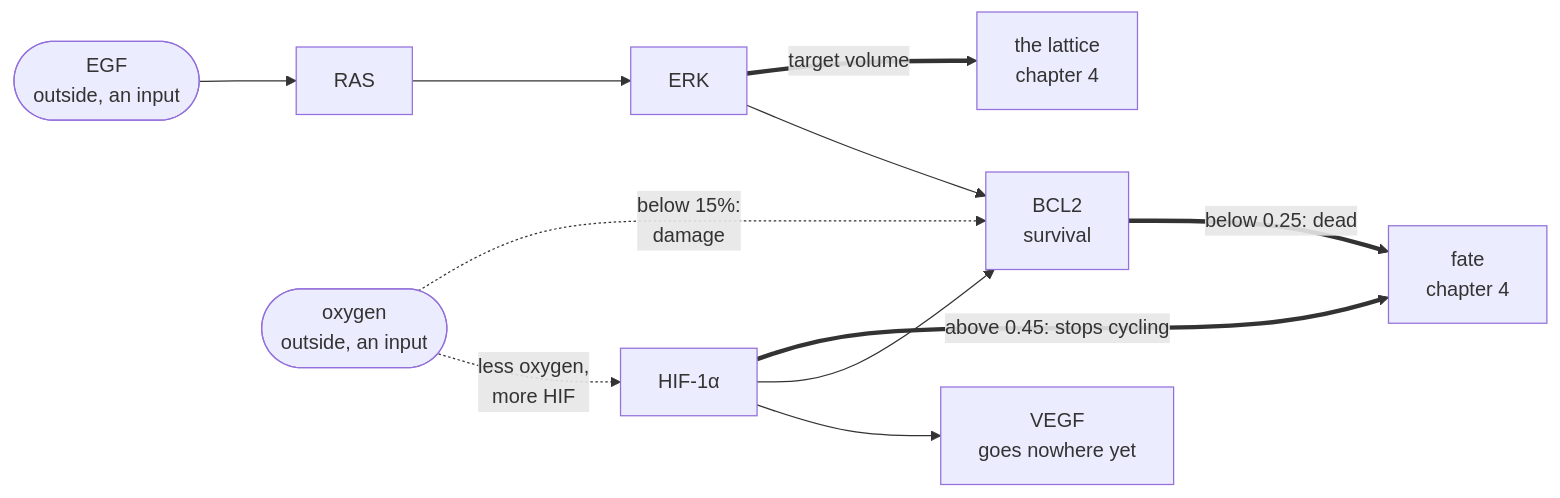
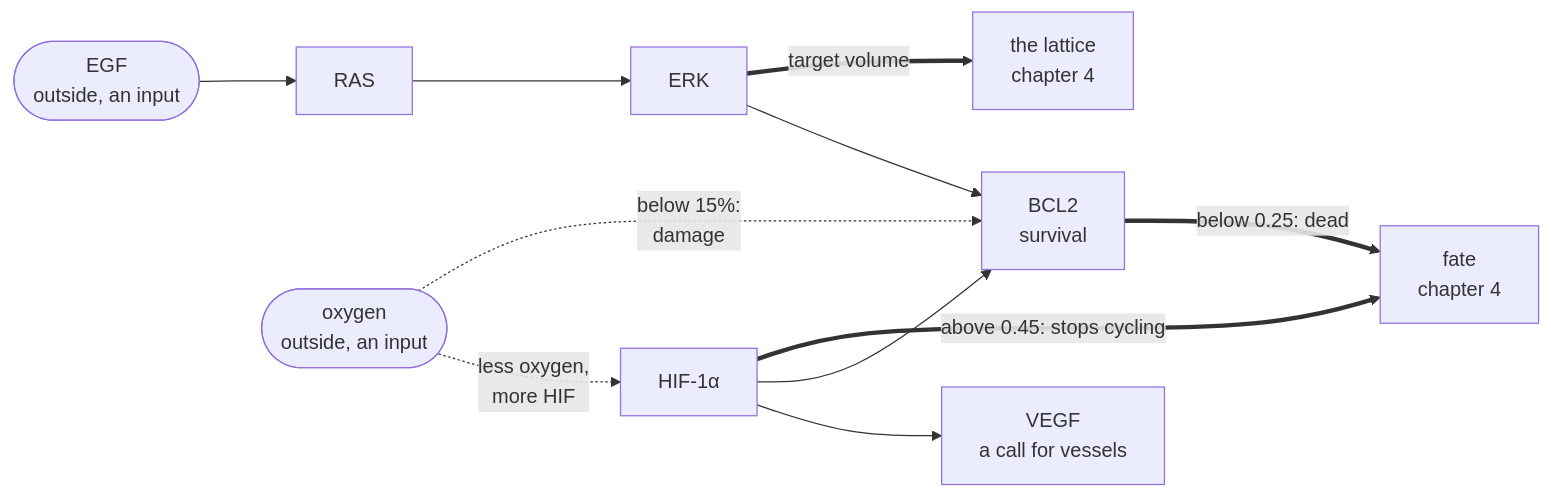
Before and after one commit to ngodzik/cellweave: the diagram in docs/02-what-happens-inside-a-cell.md, drawn with Mermaid. The commit also changed other lines of this file and 28 other files, not shown here.

````diff
--- a/docs/02-what-happens-inside-a-cell.md
+++ b/docs/02-what-happens-inside-a-cell.md
@@ -28,13 +28,13 @@
 ```mermaid
 flowchart LR
     EGF(["EGF<br/>outside, an input"]) --> RAS["RAS"]
     RAS --> ERK["ERK"]
     O2(["oxygen<br/>outside, an input"]) -.->|"less oxygen,<br/>more HIF"| HIF["HIF-1α"]
-    HIF --> VEGF["VEGF<br/>goes nowhere yet"]
+    HIF --> VEGF["VEGF<br/>a call for vessels"]
     ERK --> BCL2["BCL2<br/>survival"]
     HIF --> BCL2
     O2 -.->|"below 15%:<br/>damage"| BCL2
     ERK ==>|"target volume"| G["the lattice<br/>chapter 4"]
     BCL2 ==>|"below 0.25: dead"| F["fate<br/>chapter 4"]
     HIF ==>|"above 0.45: stops cycling"| F
 ```
````
